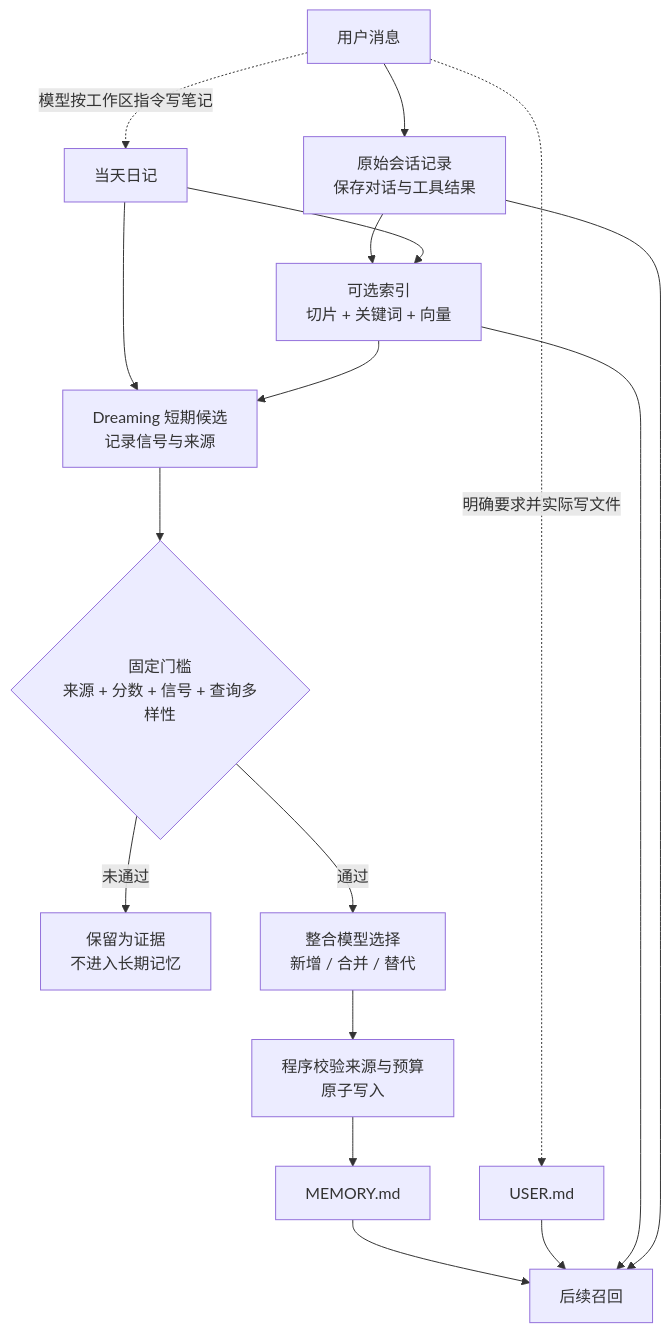
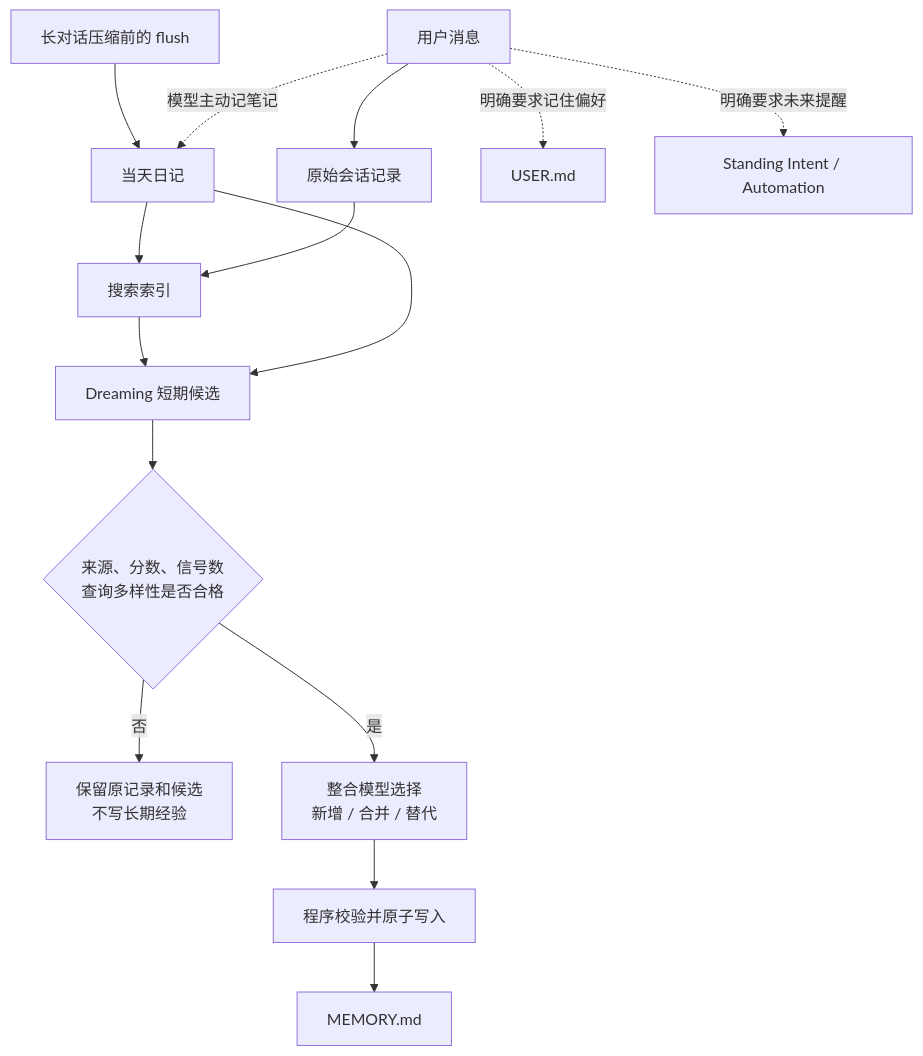
One commit to ALVIN-YANG/alvin-notes changed the diagram in src/content/docs/claw/openclaw/9-memory-system-deep-dive.md. Above: the diagram before and after it, drawn with Mermaid. The commit also changed other lines of this file, not shown here.

````diff
--- a/src/content/docs/claw/openclaw/9-memory-system-deep-dive.md
+++ b/src/content/docs/claw/openclaw/9-memory-system-deep-dive.md
@@ -39,19 +46,17 @@
 ```mermaid
 flowchart TD
-  U["用户消息"] --> T["原始会话记录<br/>保存对话与工具结果"]
-  T --> I["可选索引<br/>切片 + 关键词 + 向量"]
-  U -. "模型按工作区指令写笔记" .-> D["当天日记"]
+  U["用户消息"] --> T["原始会话记录"]
+  T --> I["搜索索引"]
+  U -. "模型主动记笔记" .-> D["当天日记"]
+  F["长对话压缩前的 flush"] --> D
   D --> I
-  D --> S["Dreaming 短期候选<br/>记录信号与来源"]
+  D --> S["Dreaming 短期候选"]
   I --> S
-  S --> G{"固定门槛<br/>来源 + 分数 + 信号 + 查询多样性"}
-  G -->|未通过| X["保留为证据<br/>不进入长期记忆"]
-  G -->|通过| C["整合模型选择<br/>新增 / 合并 / 替代"]
-  C --> V["程序校验来源与预算<br/>原子写入"]
+  S --> G{"来源、分数、信号数<br/>查询多样性是否合格"}
+  G -->|否| X["保留原记录和候选<br/>不写长期经验"]
+  G -->|是| C["整合模型选择<br/>新增 / 合并 / 替代"]
+  C --> V["程序校验并原子写入"]
   V --> M["MEMORY.md"]
-  U -. "明确要求并实际写文件" .-> P["USER.md"]
-  M --> R["后续召回"]
-  P --> R
-  I --> R
-  T --> R
+  U -. "明确要求记住偏好" .-> P["USER.md"]
+  U -. "明确要求未来提醒" .-> A["Standing Intent / Automation"]
 ```
````
